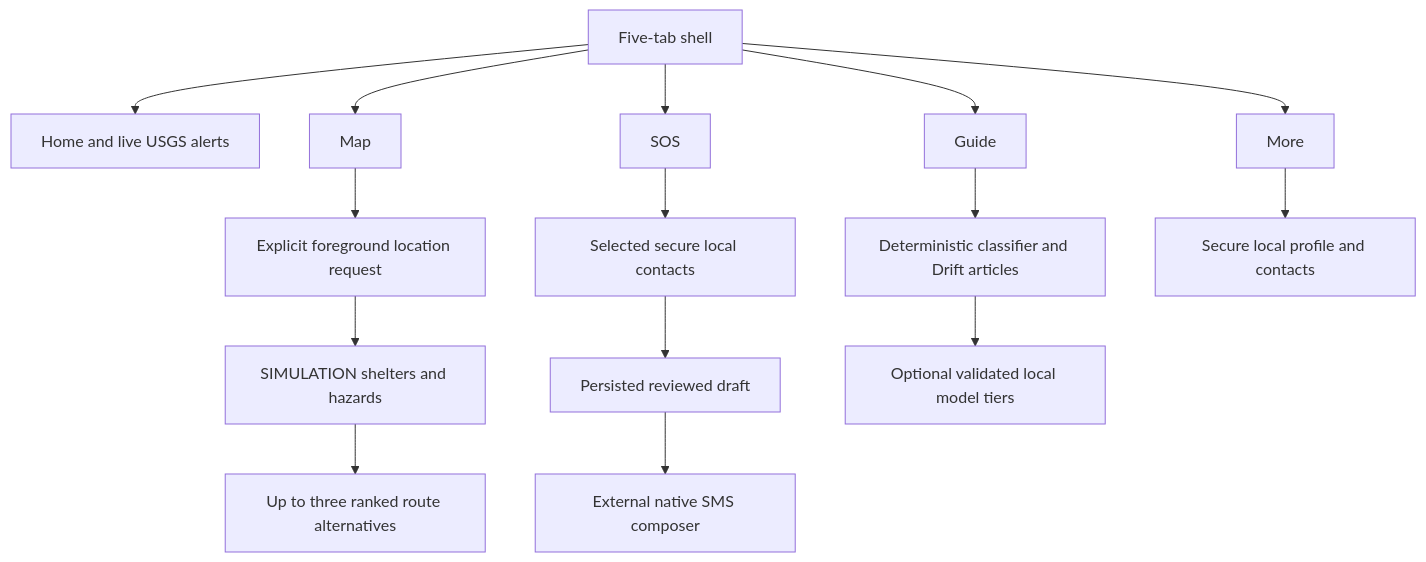
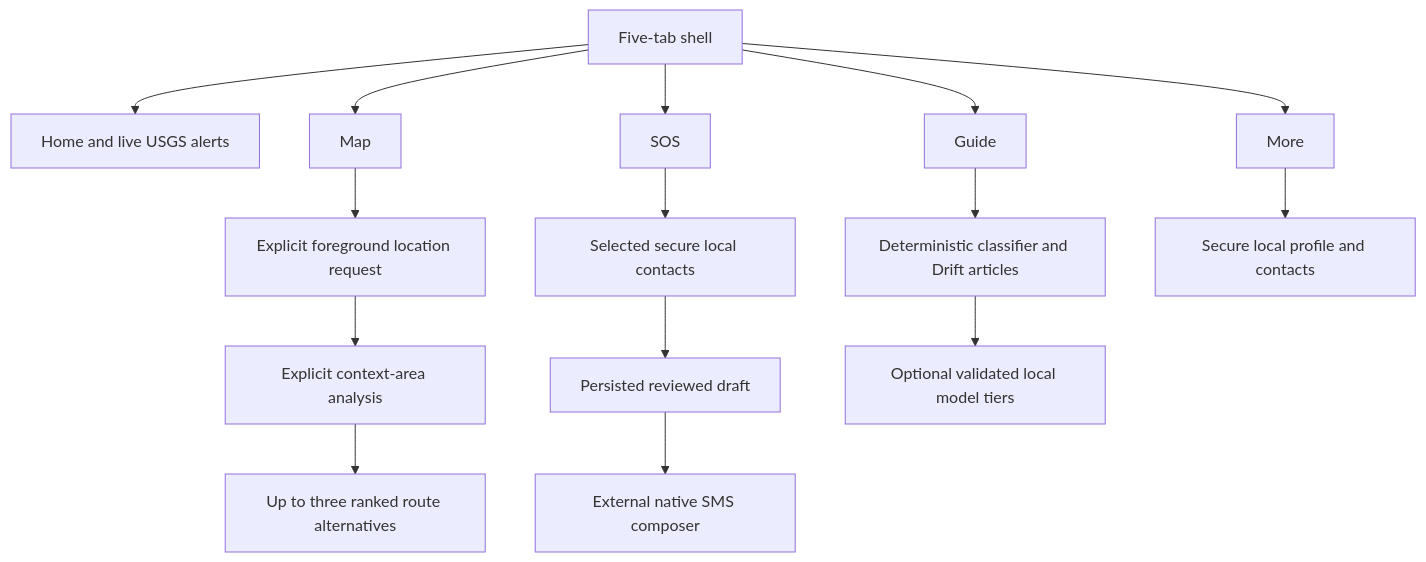
One commit to Aikozzzz/safe_myanmar changed the diagram in docs/architecture/context-aware-mobile-flow.md. Above: the diagram before and after it, drawn with Mermaid. The commit also changed other lines of this file and 151 other files, not shown here.

````diff
--- a/docs/architecture/context-aware-mobile-flow.md
+++ b/docs/architecture/context-aware-mobile-flow.md
@@ -9,17 +9,17 @@
 ```mermaid
 flowchart TD
     A[Five-tab shell] --> H[Home and live USGS alerts]
     A --> M[Map]
     A --> S[SOS]
     A --> G[Guide]
     A --> P[More]
     M --> L[Explicit foreground location request]
-    L --> N[SIMULATION shelters and hazards]
+    L --> N[Explicit context-area analysis]
     N --> R[Up to three ranked route alternatives]
     S --> C[Selected secure local contacts]
     C --> D[Persisted reviewed draft]
     D --> X[External native SMS composer]
     G --> T[Deterministic classifier and Drift articles]
     T --> O[Optional validated local model tiers]
     P --> Q[Secure local profile and contacts]
 ```
````
